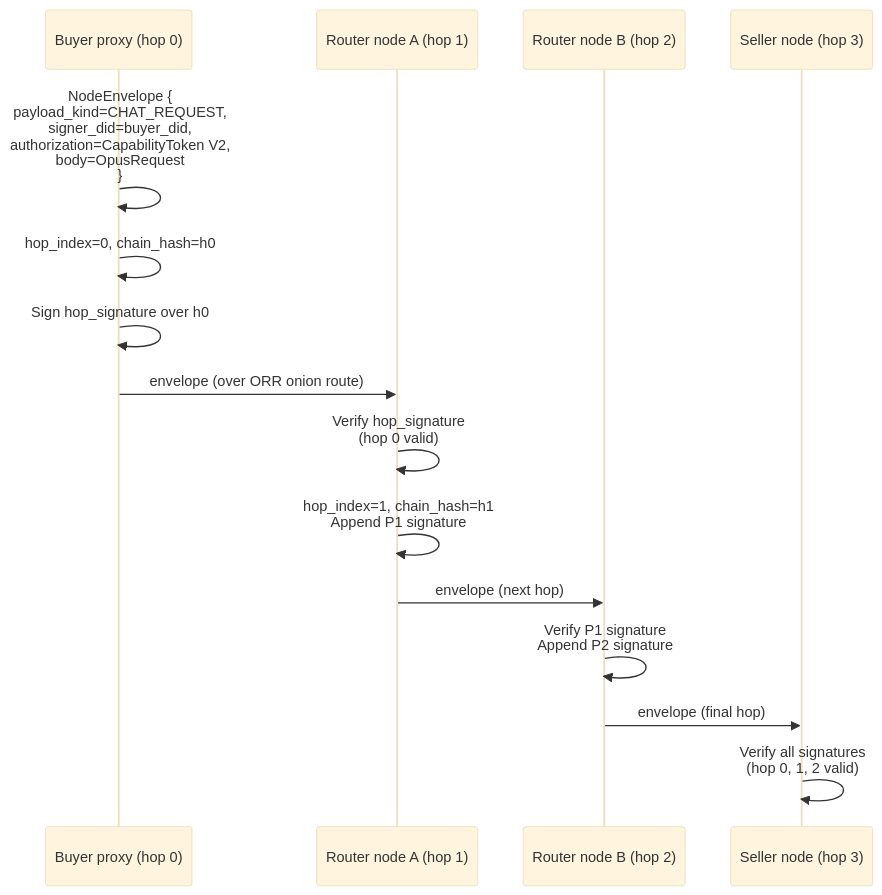
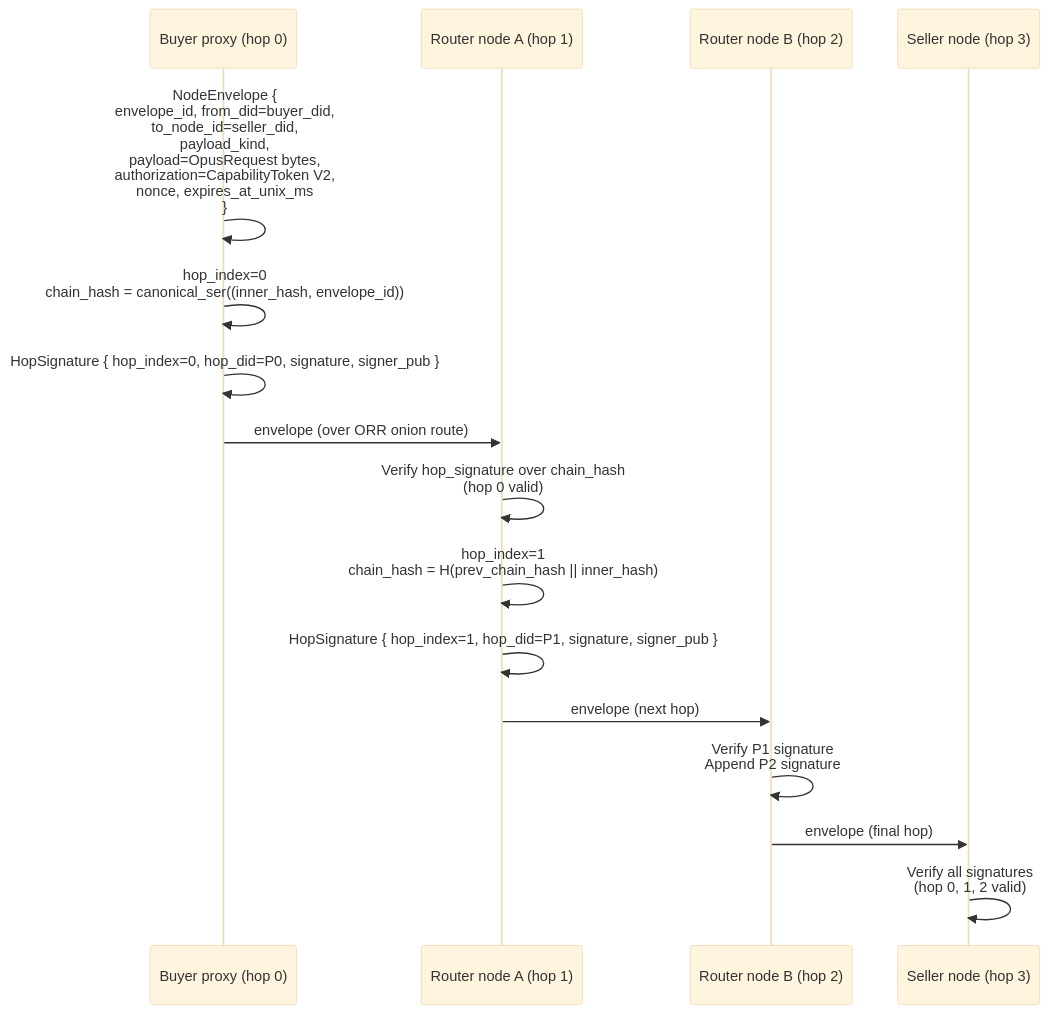
One commit to CipherOcto/cipherocto changed the eighth of 14 diagrams in docs/architecture/end-to-end-scenarios.md. Above: the diagram before and after it, drawn with Mermaid (base theme). The commit also changed other lines of this file, not shown here.

````diff
--- a/docs/architecture/end-to-end-scenarios.md
+++ b/docs/architecture/end-to-end-scenarios.md
@@ -347,18 +345,19 @@
 ```mermaid
 sequenceDiagram
     participant P0 as Buyer proxy (hop 0)
     participant P1 as Router node A (hop 1)
     participant P2 as Router node B (hop 2)
     participant SN as Seller node (hop 3)
 
-    P0->>P0: NodeEnvelope {<br/>  payload_kind=CHAT_REQUEST,<br/>  signer_did=buyer_did,<br/>  authorization=CapabilityToken V2,<br/>  body=OpusRequest<br/>}
-    P0->>P0: hop_index=0, chain_hash=h0
-    P0->>P0: Sign hop_signature over h0
+    P0->>P0: NodeEnvelope {<br/>  envelope_id, from_did=buyer_did,<br/>  to_node_id=seller_did,<br/>  payload_kind,<br/>  payload=OpusRequest bytes,<br/>  authorization=CapabilityToken V2,<br/>  nonce, expires_at_unix_ms<br/>}
+    P0->>P0: hop_index=0<br/>chain_hash = canonical_ser((inner_hash, envelope_id))
+    P0->>P0: HopSignature { hop_index=0, hop_did=P0, signature, signer_pub }
     P0->>P1: envelope (over ORR onion route)
-    P1->>P1: Verify hop_signature<br/>(hop 0 valid)
-    P1->>P1: hop_index=1, chain_hash=h1<br/>Append P1 signature
+    P1->>P1: Verify hop_signature over chain_hash<br/>(hop 0 valid)
+    P1->>P1: hop_index=1<br/>chain_hash = H(prev_chain_hash || inner_hash)
+    P1->>P1: HopSignature { hop_index=1, hop_did=P1, signature, signer_pub }
     P1->>P2: envelope (next hop)
     P2->>P2: Verify P1 signature<br/>Append P2 signature
     P2->>SN: envelope (final hop)
     SN->>SN: Verify all signatures<br/>(hop 0, 1, 2 valid)
 ```
````
